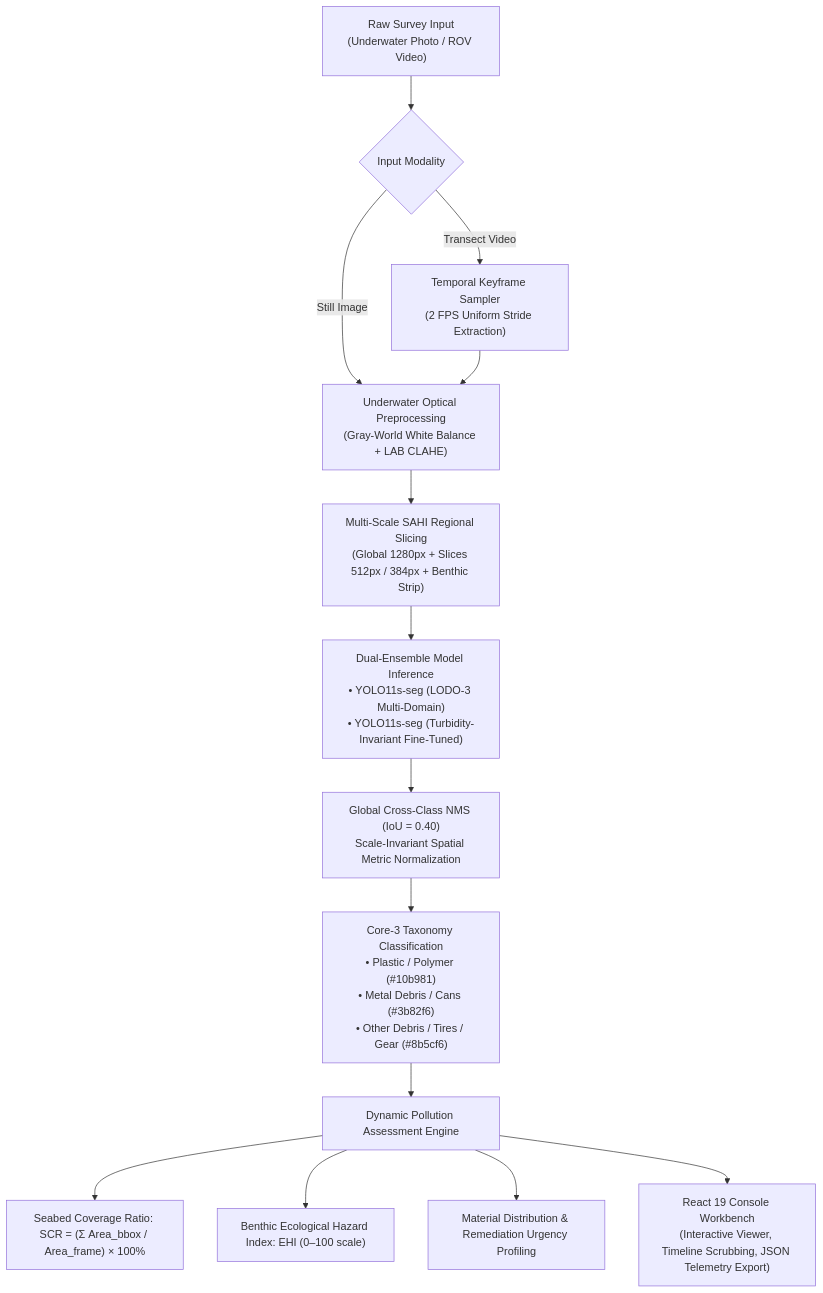
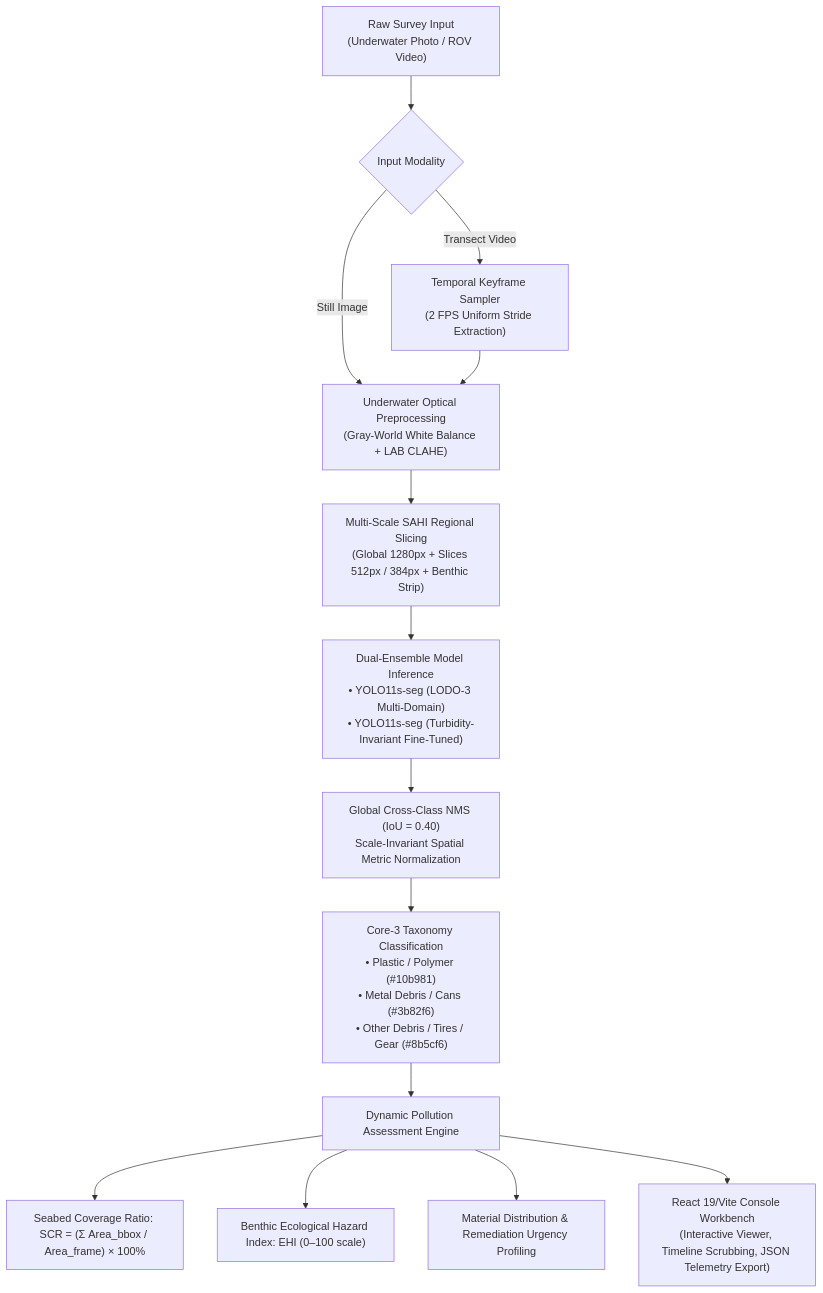
The diagram in README.md (adityajkate/underwater-marine-debris), drawn with Mermaid before and after one commit.

Commit message:
Update README to reflect React 19/Vite changes

````diff
--- a/README.md
+++ b/README.md
@@ -31,23 +31,23 @@
 ```mermaid
 flowchart TD
     A["Raw Survey Input\n(Underwater Photo / ROV Video)"] --> B{"Input Modality"}
     
     B -->|Still Image| C["Underwater Optical Preprocessing\n(Gray-World White Balance + LAB CLAHE)"]
     B -->|Transect Video| V["Temporal Keyframe Sampler\n(2 FPS Uniform Stride Extraction)"]
     V --> C
     
     C --> D["Multi-Scale SAHI Regional Slicing\n(Global 1280px + Slices 512px / 384px + Benthic Strip)"]
     
     D --> E["Dual-Ensemble Model Inference\n• YOLO11s-seg (LODO-3 Multi-Domain)\n• YOLO11s-seg (Turbidity-Invariant Fine-Tuned)"]
     
     E --> F["Global Cross-Class NMS (IoU = 0.40)\nScale-Invariant Spatial Metric Normalization"]
     
     F --> G["Core-3 Taxonomy Classification\n• Plastic / Polymer (#10b981)\n• Metal Debris / Cans (#3b82f6)\n• Other Debris / Tires / Gear (#8b5cf6)"]
     
     G --> H["Dynamic Pollution Assessment Engine"]
     H --> H1["Seabed Coverage Ratio: SCR = (Σ Area_bbox / Area_frame) × 100%"]
     H --> H2["Benthic Ecological Hazard Index: EHI (0–100 scale)"]
     H --> H3["Material Distribution & Remediation Urgency Profiling"]
     
-    H --> I["React 19 Console Workbench\n(Interactive Viewer, Timeline Scrubbing, JSON Telemetry Export)"]
+    H --> I["React 19/Vite Console Workbench\n(Interactive Viewer, Timeline Scrubbing, JSON Telemetry Export)"]
 ```
````
